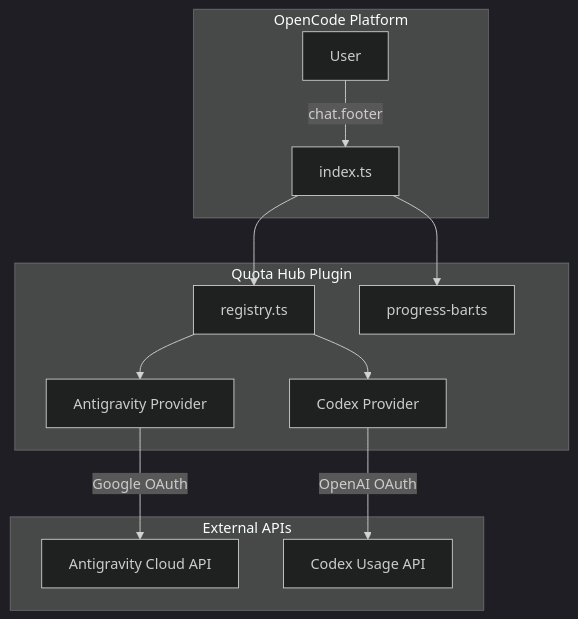
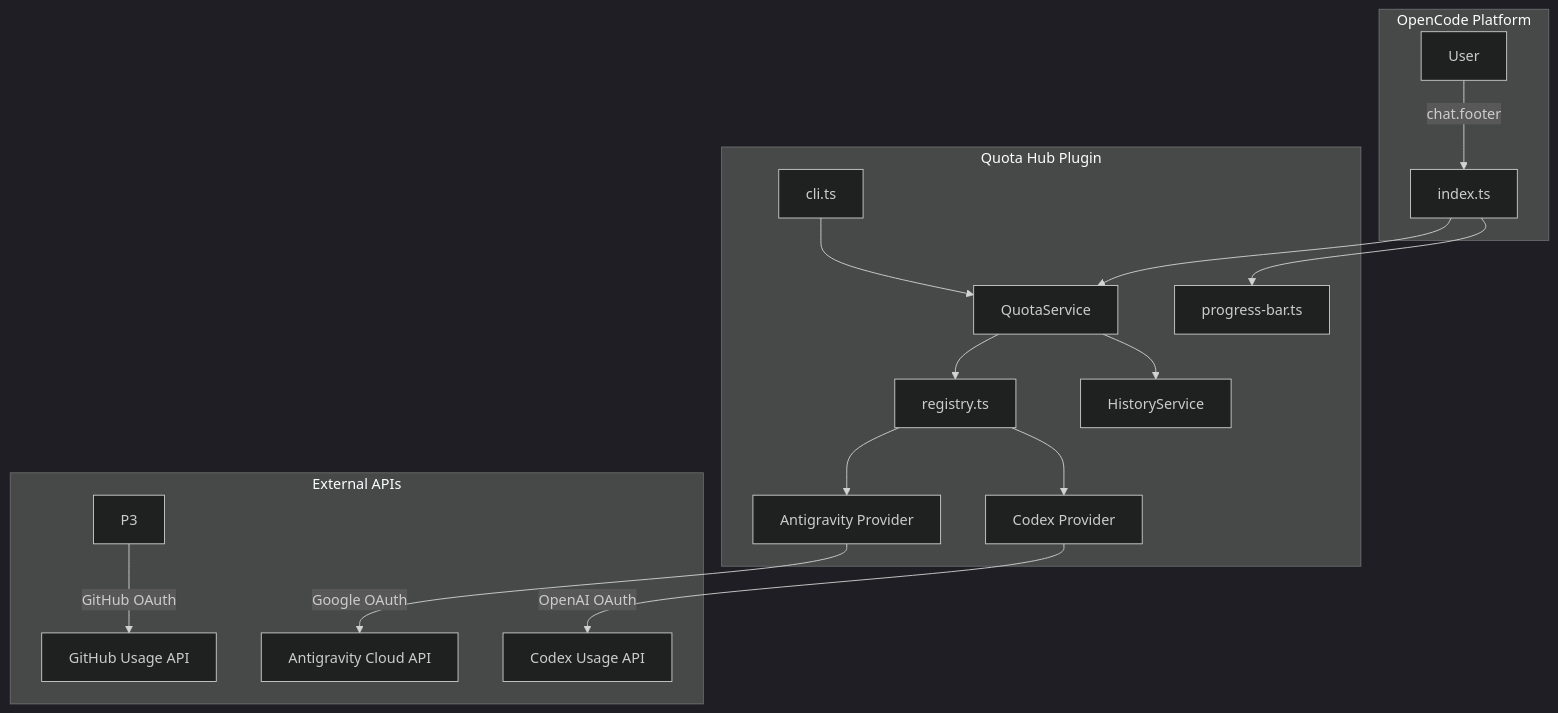
One commit to PhilippPolterauer/opencode-quotas changed the diagram in DESIGN.md. Above: the diagram before and after it, drawn with Mermaid (dark theme). The commit also changed other lines of this file and 27 other files, not shown here.

First line of the commit message:
Add smart quota grouping and history service

````diff
--- a/DESIGN.md
+++ b/DESIGN.md
@@ -32,18 +34,22 @@
 ```mermaid
 graph TD
     subgraph OpenCode Platform
         User -->|chat.footer| Main
     end
 
     subgraph Quota Hub Plugin
-        Main[index.ts] --> Registry[registry.ts]
+        Main[index.ts] --> Service[QuotaService]
+        CLI[cli.ts] --> Service
+        Service --> Registry[registry.ts]
+        Service --> History[HistoryService]
         Registry --> P1[Antigravity Provider]
         Registry --> P2[Codex Provider]
         Main --> PB[progress-bar.ts]
     end
 
     subgraph External APIs
         P1 -->|Google OAuth| AG_API[Antigravity Cloud API]
         P2 -->|OpenAI OAuth| CX_API[Codex Usage API]
+        P3 -->|GitHub OAuth| GH_API[GitHub Usage API]
     end
 ```
````
